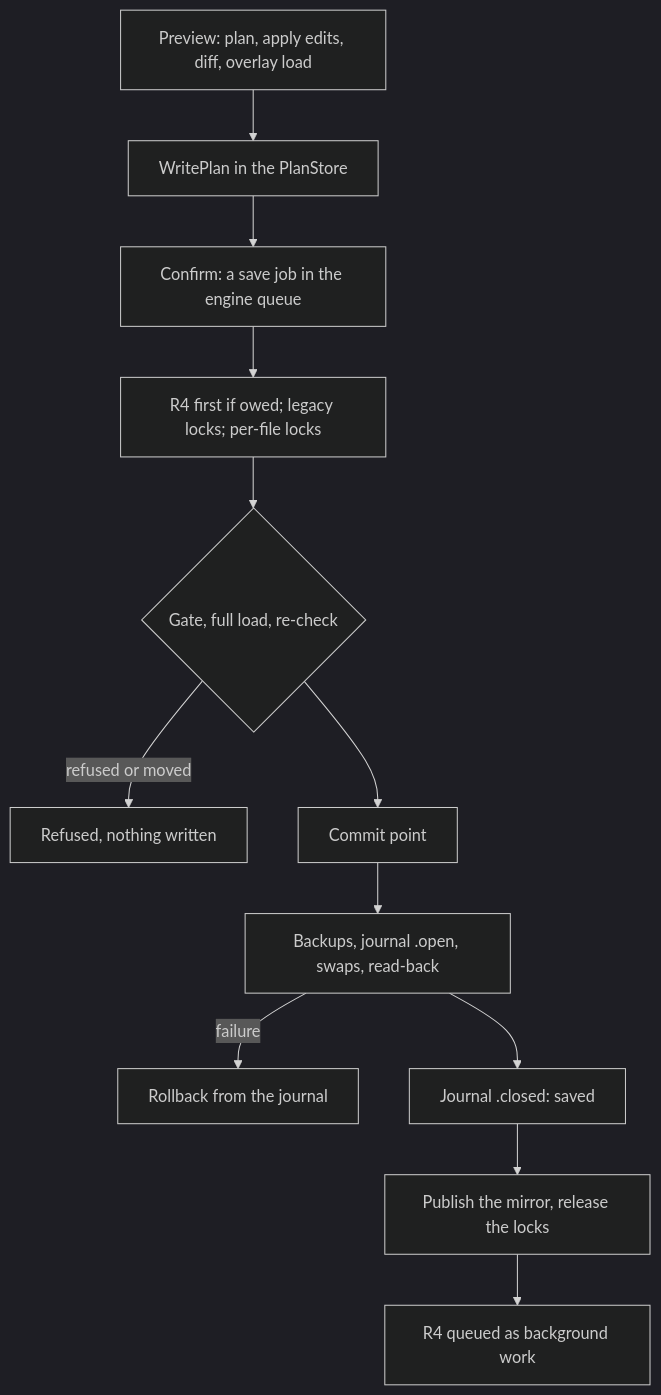
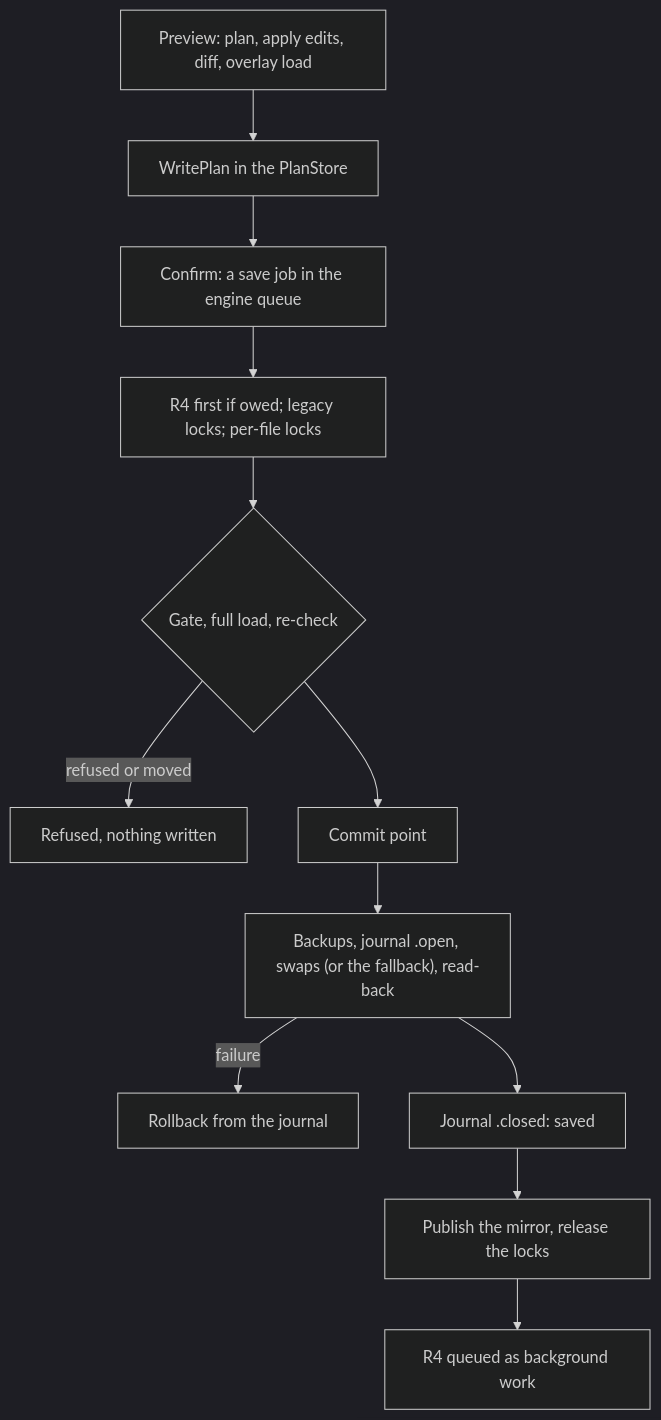
One commit to sagarbehere/finzytrack changed the third of 3 diagrams in design/ARCHITECTURE.md. Above: the diagram before and after it, drawn with Mermaid (dark theme). The commit also changed other lines of this file and 30 other files, not shown here.

````diff
--- a/design/ARCHITECTURE.md
+++ b/design/ARCHITECTURE.md
@@ -784,14 +785,14 @@
 ```mermaid
 flowchart TB
   preview["Preview: plan, apply edits, diff, overlay load"] --> plan["WritePlan in the PlanStore"]
   plan --> confirm["Confirm: a save job in the engine queue"]
   confirm --> pre["R4 first if owed; legacy locks; per-file locks"]
   pre --> gate{"Gate, full load, re-check"}
   gate -- "refused or moved" --> refused["Refused, nothing written"]
   gate --> commit["Commit point"]
-  commit --> durable["Backups, journal .open, swaps, read-back"]
+  commit --> durable["Backups, journal .open, swaps (or the fallback), read-back"]
   durable -- "failure" --> rollback["Rollback from the journal"]
   durable --> closed["Journal .closed: saved"]
   closed --> publish["Publish the mirror, release the locks"]
   publish --> r4["R4 queued as background work"]
 ```
````
